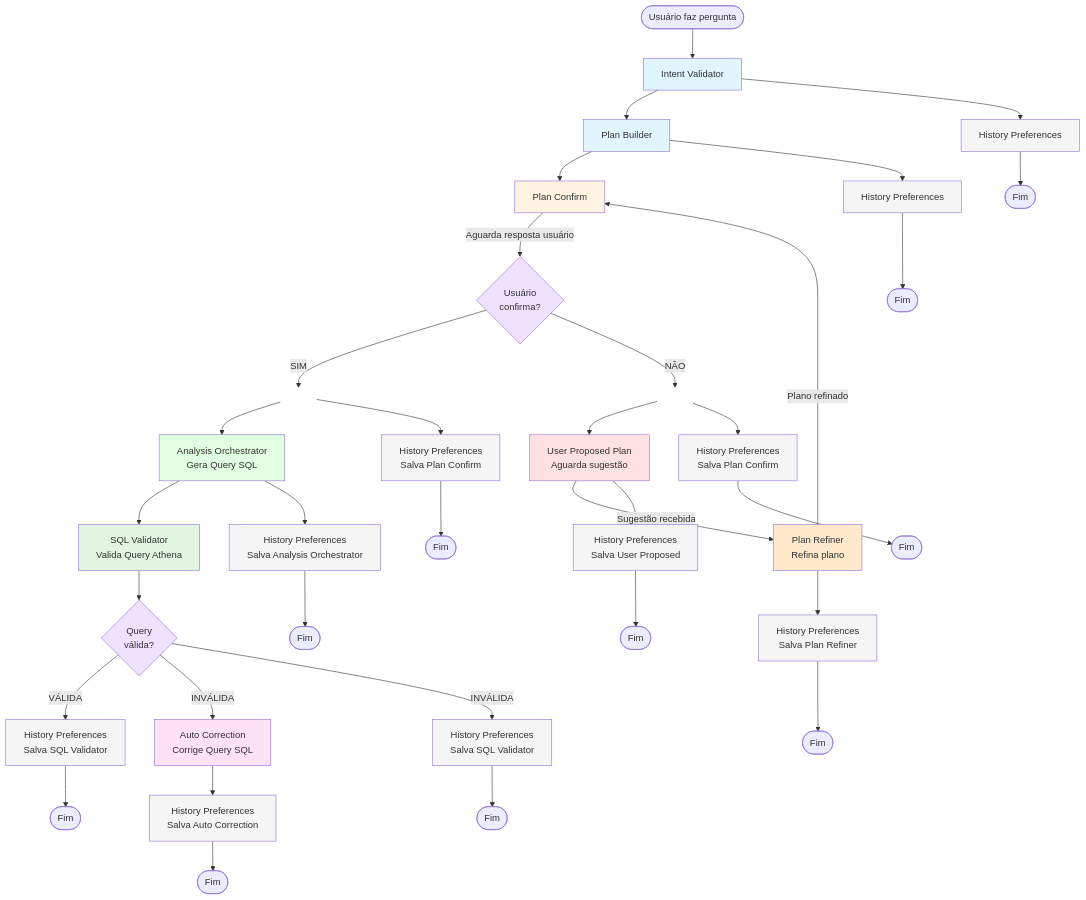
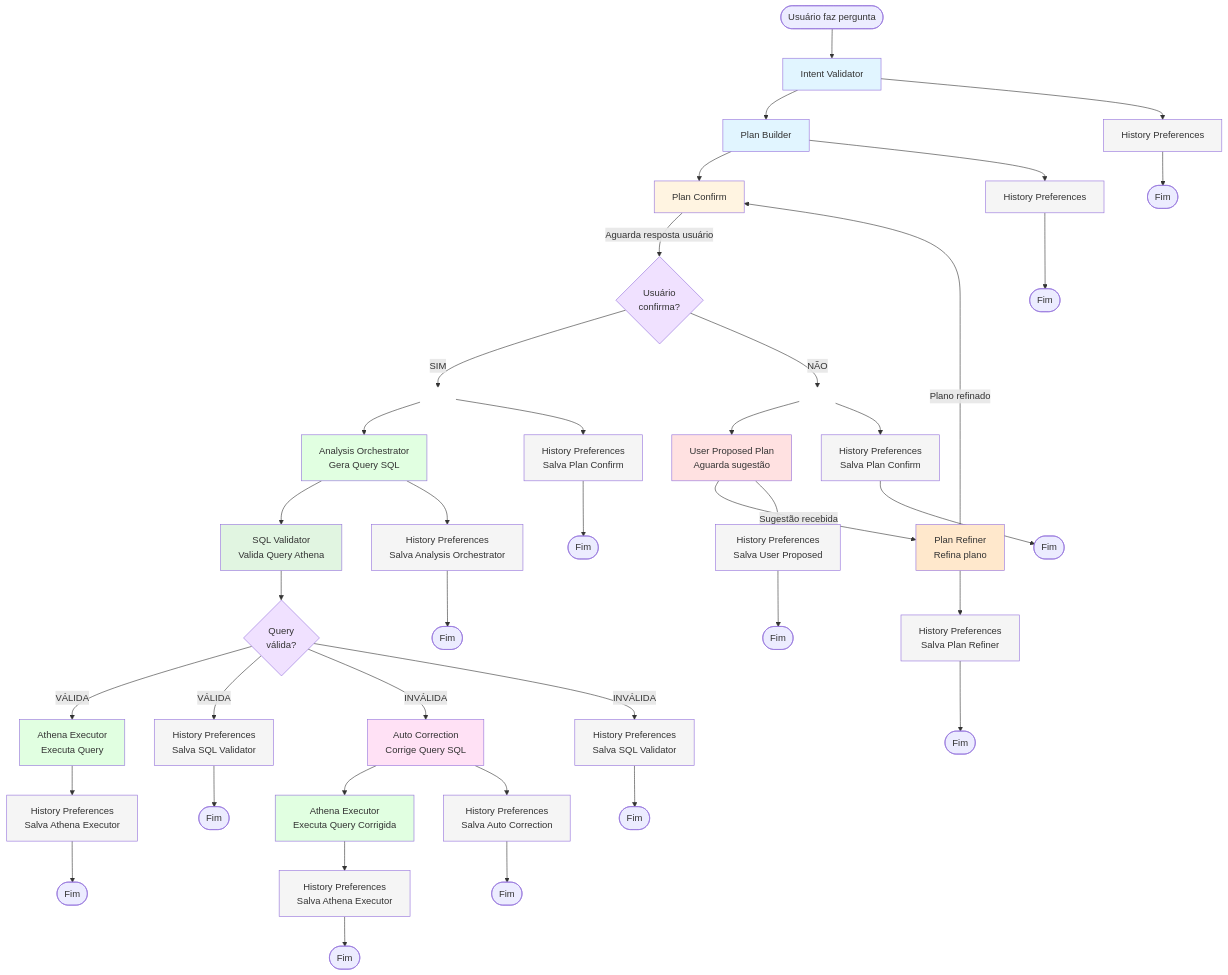
Before and after one commit to thigarciaj/ezpocket: the diagram in actual_state_solution/graph_orchestrator_flow.mmd, drawn with Mermaid. The commit also changed 194 other files, not shown here.

```diff
--- a/actual_state_solution/graph_orchestrator_flow.mmd
+++ b/actual_state_solution/graph_orchestrator_flow.mmd
@@ -1,77 +1,89 @@
 graph TD
     Start([Usuário faz pergunta]) --> IntentValidator[Intent Validator]
     
     IntentValidator --> PlanBuilder[Plan Builder]
     IntentValidator --> H1[History Preferences]
     
     PlanBuilder --> PlanConfirm[Plan Confirm]
     PlanBuilder --> H2[History Preferences]
     
     PlanConfirm -->|Aguarda resposta usuário| Decision{Usuário<br/>confirma?}
     
     %% Ramo SIM (apenas uma seta)
     Decision -->|SIM| Yes[  ]
     Yes --> AnalysisOrchestrator[Analysis Orchestrator<br/>Gera Query SQL]
     Yes --> H3[History Preferences<br/>Salva Plan Confirm]
 
     %% Ramo NÃO (apenas uma seta)
     Decision -->|NÃO| No[  ]
     No --> UserProposed[User Proposed Plan<br/>Aguarda sugestão]
     No --> H4[History Preferences<br/>Salva Plan Confirm]
     
     %% Fluxo após Analysis Orchestrator: Paralelo para SQL Validator + History
     AnalysisOrchestrator -->SQLValidator[SQL Validator<br/>Valida Query Athena]
     AnalysisOrchestrator -->H5[History Preferences<br/>Salva Analysis Orchestrator]
     
     %% SQL Validator decide o fluxo baseado na validação
     SQLValidator --> ValidationDecision{Query<br/>válida?}
     
-    %% Se query VÁLIDA: vai direto para History
+    %% Se query VÁLIDA: vai para Athena Executor + History (paralelo)
+    ValidationDecision -->|VÁLIDA| AthenaExecutor[Athena Executor<br/>Executa Query]
     ValidationDecision -->|VÁLIDA| H8[History Preferences<br/>Salva SQL Validator]
     
     %% Se query INVÁLIDA: vai para AutoCorrection + History (paralelo)
     ValidationDecision -->|INVÁLIDA| AutoCorrection[Auto Correction<br/>Corrige Query SQL]
     ValidationDecision -->|INVÁLIDA| H8B[History Preferences<br/>Salva SQL Validator]
     
-    %% AutoCorrection corrige e salva no History
+    %% AutoCorrection corrige e vai para Athena Executor + History (paralelo)
+    AutoCorrection --> AthenaExecutor2[Athena Executor<br/>Executa Query Corrigida]
     AutoCorrection --> H9[History Preferences<br/>Salva Auto Correction]
+    
+    %% Athena Executor salva no History
+    AthenaExecutor --> H10[History Preferences<br/>Salva Athena Executor]
+    AthenaExecutor2 --> H11[History Preferences<br/>Salva Athena Executor]
     
     UserProposed -->|Sugestão recebida| PlanRefiner[Plan Refiner<br/>Refina plano]
     UserProposed --> H6[History Preferences<br/>Salva User Proposed]
     
     PlanRefiner -->|Plano refinado| PlanConfirm
     PlanRefiner --> H7[History Preferences<br/>Salva Plan Refiner]
     
     H1 --> End1([Fim])
     H2 --> End2([Fim])
     H3 --> End3([Fim])
     H4 --> End4([Fim])
     H5 --> End5([Fim])
     H6 --> End6([Fim])
     H7 --> End7([Fim])
     H8 --> End8([Fim])
     H8B --> End8B([Fim])
     H9 --> End9([Fim])
+    H10 --> End10([Fim])
+    H11 --> End11([Fim])
 
     style IntentValidator fill:#e1f5ff
     style PlanBuilder fill:#e1f5ff
     style PlanConfirm fill:#fff4e1
     style AnalysisOrchestrator fill:#e1ffe1
     style SQLValidator fill:#e1f5e1
     style AutoCorrection fill:#ffe1f5
     style UserProposed fill:#ffe1e1
     style PlanRefiner fill:#ffe8cc
     style Decision fill:#f0e1ff
     style ValidationDecision fill:#f0e1ff
     style Yes fill:#ffffff,stroke:#ffffff
     style No fill:#ffffff,stroke:#ffffff
     style H1 fill:#f5f5f5
     style H2 fill:#f5f5f5
     style H3 fill:#f5f5f5
     style H4 fill:#f5f5f5
     style H5 fill:#f5f5f5
     style H6 fill:#f5f5f5
     style H7 fill:#f5f5f5
     style H8 fill:#f5f5f5
     style H8B fill:#f5f5f5
     style H9 fill:#f5f5f5
+    style H10 fill:#f5f5f5
+    style H11 fill:#f5f5f5
+    style AthenaExecutor fill:#e1ffe1
+    style AthenaExecutor2 fill:#e1ffe1
```
